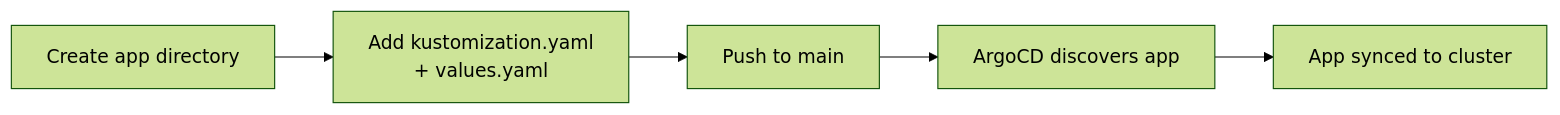
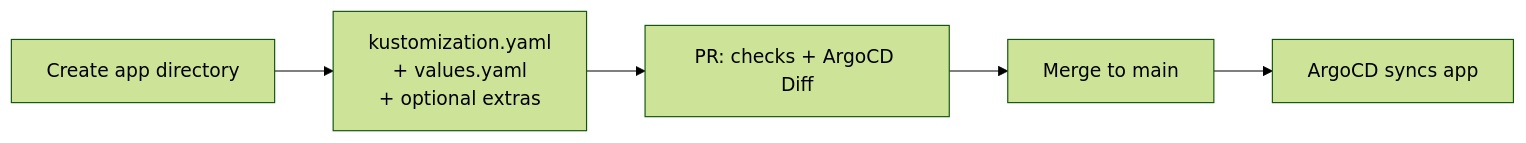
The diagram in docs/development/adding-apps.md (swibrow/home-ops), drawn with Mermaid (forest theme) before and after one commit. The commit also changed other lines of this file and 105 other files, not shown here.

````diff
--- a/docs/development/adding-apps.md
+++ b/docs/development/adding-apps.md
@@ -11,7 +11,7 @@
 ```mermaid
 flowchart LR
-    Create[Create app directory] --> Files[Add kustomization.yaml<br/>+ values.yaml]
-    Files --> Push[Push to main]
-    Push --> ArgoCD[ArgoCD discovers app]
-    ArgoCD --> Sync[App synced to cluster]
+    Create[Create app directory] --> Files[kustomization.yaml<br/>+ values.yaml<br/>+ optional extras]
+    Files --> PR[PR: checks + ArgoCD Diff]
+    PR --> Merge[Merge to main]
+    Merge --> Sync[ArgoCD syncs app]
 ```
````
